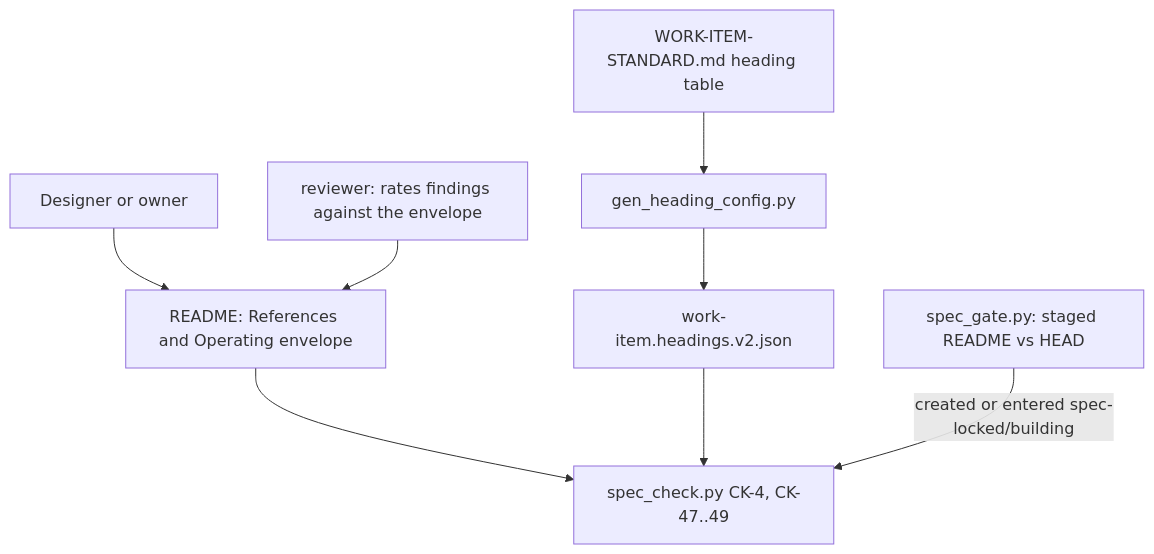
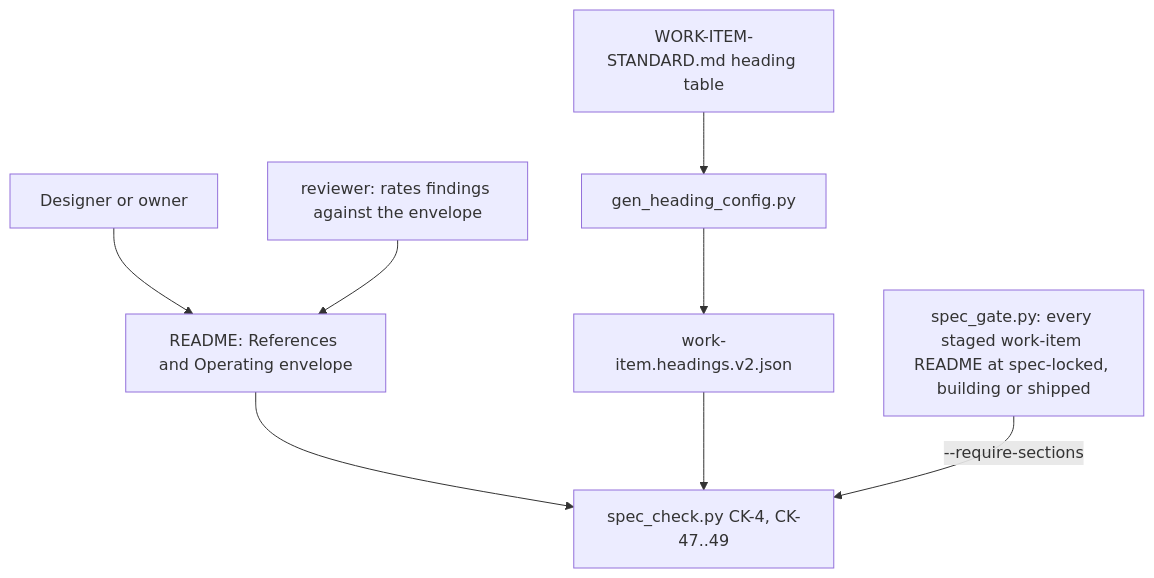
One commit to sibulus13/claudence changed the diagram in docs/work/spec-references-envelope/README.md. Above: the diagram before and after it, drawn with Mermaid. The commit also changed other lines of this file and 2 other files, not shown here.

First line of the commit message:
docs(work): spec-references-envelope: staged-state invariant replaces the transition rule

````diff
--- a/docs/work/spec-references-envelope/README.md
+++ b/docs/work/spec-references-envelope/README.md
@@ -17,10 +17,10 @@
 ```mermaid
 flowchart TD
   D[Designer or owner] --> R[README: References and Operating envelope]
   R --> K[spec_check.py CK-4, CK-47..49]
   G[gen_heading_config.py] --> J[work-item.headings.v2.json]
   J --> K
   S[WORK-ITEM-STANDARD.md heading table] --> G
-  C[spec_gate.py: staged README vs HEAD] -->|created or entered spec-locked/building| K
+  C[spec_gate.py: every staged work-item README at spec-locked, building or shipped] -->|--require-sections| K
   RV[reviewer: rates findings against the envelope] --> R
 ```
````
